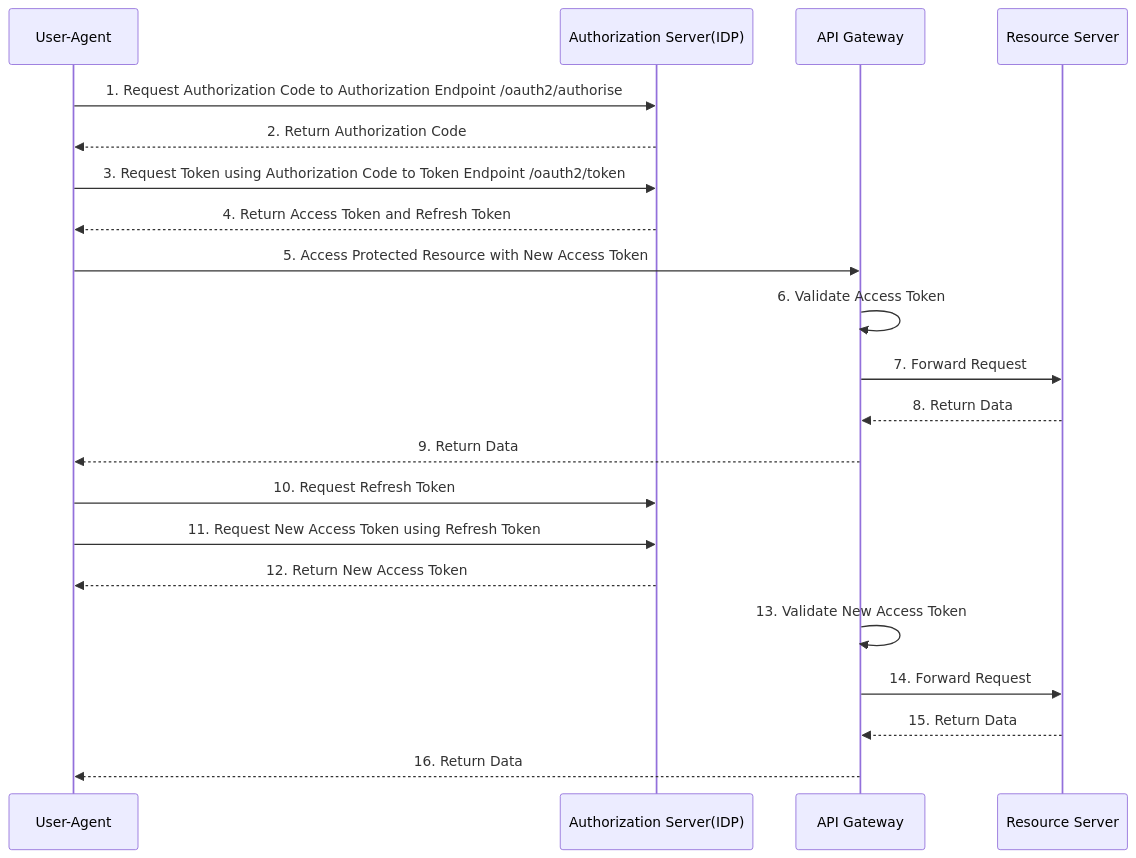
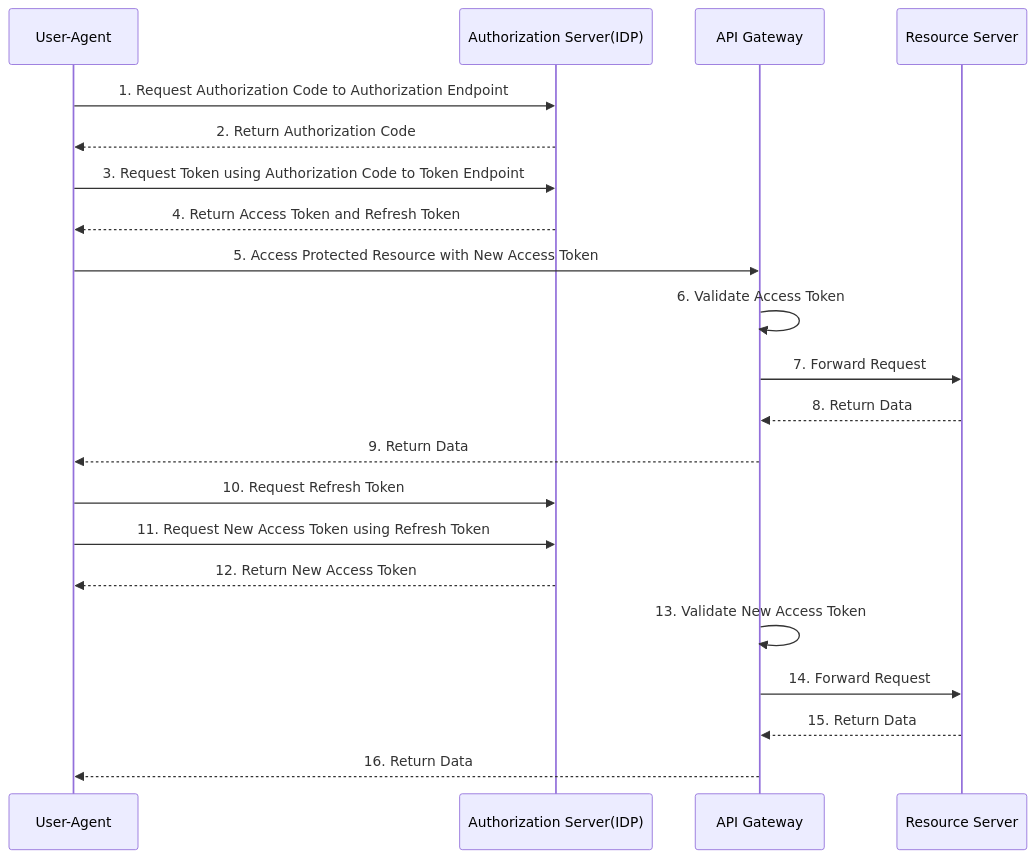
One commit to sunilchandra007/my-api-playground changed the first of 2 diagrams in Authentication.md. Above: the diagram before and after it, drawn with Mermaid. The commit also changed other lines of this file, not shown here.

````diff
--- a/Authentication.md
+++ b/Authentication.md
@@ -8,27 +9,27 @@
 ```mermaid
 sequenceDiagram
     participant UA as User-Agent
     participant AR as Authorization Server(IDP)
     participant AG as API Gateway
     participant RS as Resource Server
 
-    UA->>AR: 1. Request Authorization Code to Authorization Endpoint /oauth2/authorise
+    UA->>AR: 1. Request Authorization Code to Authorization Endpoint
     AR-->>UA: 2. Return Authorization Code
-    UA->>AR: 3. Request Token using Authorization Code to Token Endpoint /oauth2/token
+    UA->>AR: 3. Request Token using Authorization Code to Token Endpoint
     AR-->>UA: 4. Return Access Token and Refresh Token
 
     UA->>AG: 5. Access Protected Resource with New Access Token
     AG->>AG: 6. Validate Access Token
     AG->>RS: 7. Forward Request
     RS-->>AG: 8. Return Data
     AG-->>UA: 9. Return Data
 
 
     UA->>AR: 10. Request Refresh Token
     UA->>AR: 11. Request New Access Token using Refresh Token
     AR-->>UA: 12. Return New Access Token
     AG->>AG: 13. Validate New Access Token
     AG->>RS: 14. Forward Request
     RS-->>AG: 15. Return Data
     AG-->>UA: 16. Return Data
 ```
````
